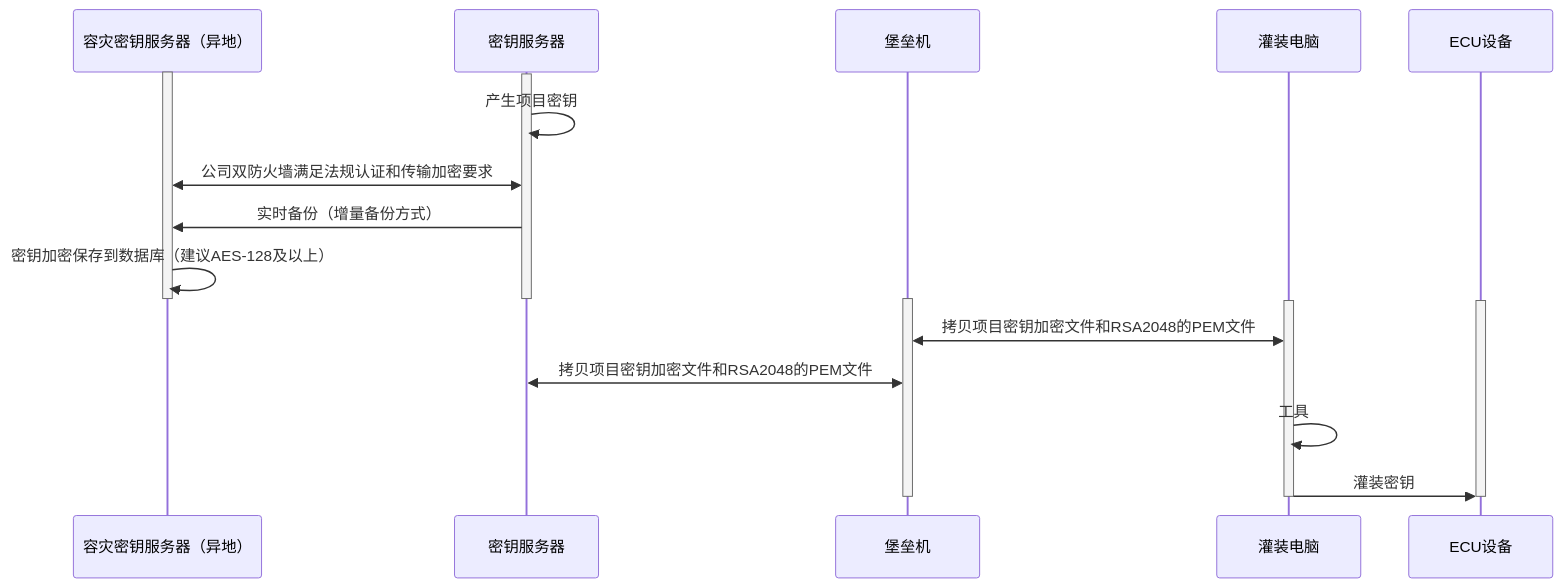
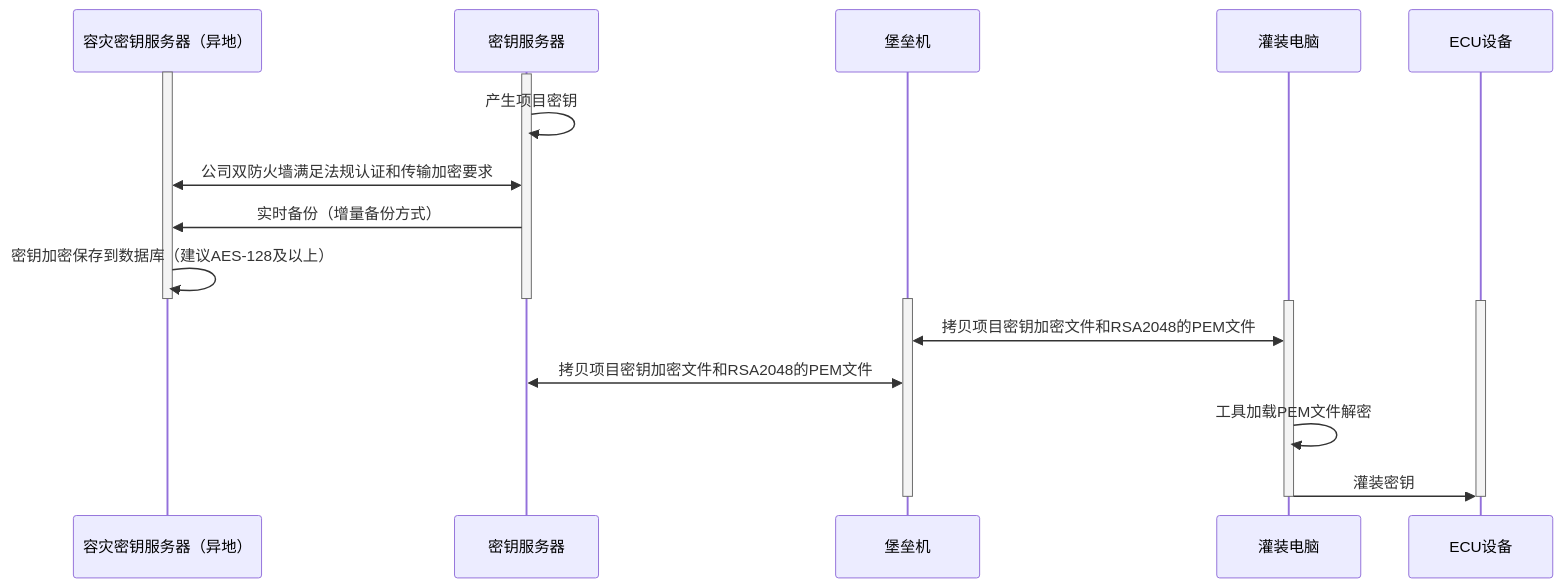
One commit to facebook-cloud/iodraw-files changed the diagram in all/未命名-15.md. Above: the diagram before and after it, drawn with Mermaid.

Commit message:
2026-02-07 10:17:12 update

````diff
--- a/all/未命名-15.md
+++ b/all/未命名-15.md
@@ -1,30 +1,30 @@
 ```mermaid
 sequenceDiagram
     participant A as 容灾密钥服务器（异地）
     participant B as 密钥服务器
     participant C as 堡垒机
     participant D as 灌装电脑
     participant E as ECU设备
 
     activate A
     activate B
     B->>B: 产生项目密钥
     A<<->>B: 公司双防火墙满足法规认证和传输加密要求
     B->>A: 实时备份（增量备份方式）
     A->>A: 密钥加密保存到数据库（建议AES-128及以上）
     deactivate B
     deactivate A
 
     activate C
     activate D
     activate E
 
     D<<->>C: 拷贝项目密钥加密文件和RSA2048的PEM文件
     C<<->>B: 拷贝项目密钥加密文件和RSA2048的PEM文件
-    D->>D:工具
+    D->>D:工具加载PEM文件解密
     D->>E: 灌装密钥
     deactivate C
     deactivate D
     deactivate E
 
 ```
````
